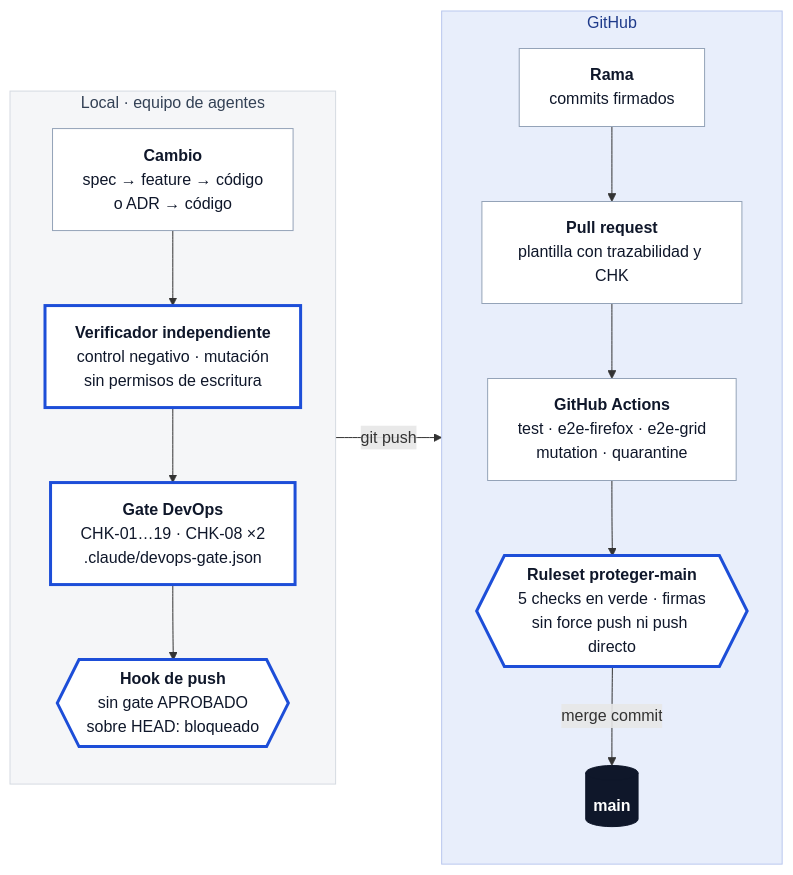
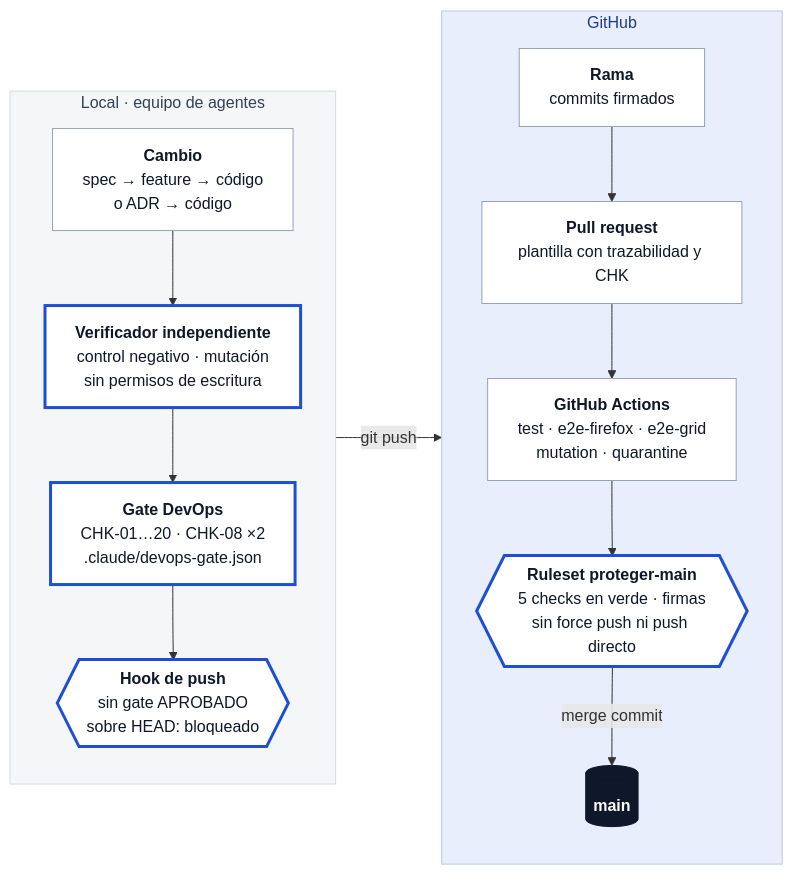
One commit to eavilac01/spec-driven-selenium-cucumber changed the third of 4 diagrams in README.md. Above: the diagram before and after it, drawn with Mermaid. The commit also changed other lines of this file and 8 other files, not shown here.

````diff
--- a/README.md
+++ b/README.md
@@ -278,31 +279,31 @@
 ```mermaid
 flowchart LR
     subgraph LOCAL["Local · equipo de agentes"]
         direction TB
         change["<b>Cambio</b><br/>spec → feature → código<br/>o ADR → código"]
         verifier["<b>Verificador independiente</b><br/>control negativo · mutación<br/>sin permisos de escritura"]
-        gate["<b>Gate DevOps</b><br/>CHK-01…19 · CHK-08 ×2<br/>.claude/devops-gate.json"]
+        gate["<b>Gate DevOps</b><br/>CHK-01…20 · CHK-08 ×2<br/>.claude/devops-gate.json"]
         hook{{"<b>Hook de push</b><br/>sin gate APROBADO<br/>sobre HEAD: bloqueado"}}
     end
 
     subgraph GH["GitHub"]
         direction TB
         branch["<b>Rama</b><br/>commits firmados"]
         pr["<b>Pull request</b><br/>plantilla con trazabilidad y CHK"]
         actions["<b>GitHub Actions</b><br/>test · e2e-firefox · e2e-grid<br/>mutation · quarantine"]
         ruleset{{"<b>Ruleset proteger-main</b><br/>5 checks en verde · firmas<br/>sin force push ni push directo"}}
         main[("<b>main</b>")]
     end
 
     change --> verifier --> gate --> hook
     hook -->|git push| branch --> pr --> actions --> ruleset -->|merge commit| main
 
     classDef step fill:#FFFFFF,stroke:#94A3B8,stroke-width:1px,color:#0F172A
     classDef control fill:#FFFFFF,stroke:#1D4ED8,stroke-width:3px,color:#0F172A
     classDef target fill:#0F172A,stroke:#0F172A,color:#FFFFFF
     class change,branch,pr,actions step
     class verifier,gate,hook,ruleset control
     class main target
     style LOCAL fill:#F5F6F8,stroke:#D5DAE1,color:#334155
     style GH fill:#E8EEFB,stroke:#B9C7EE,color:#1E3A8A
 ```
````
